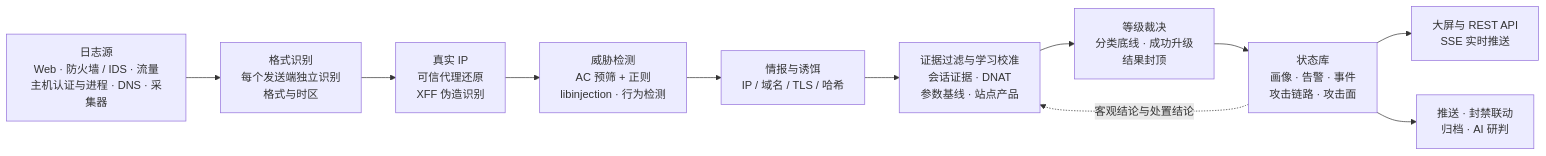
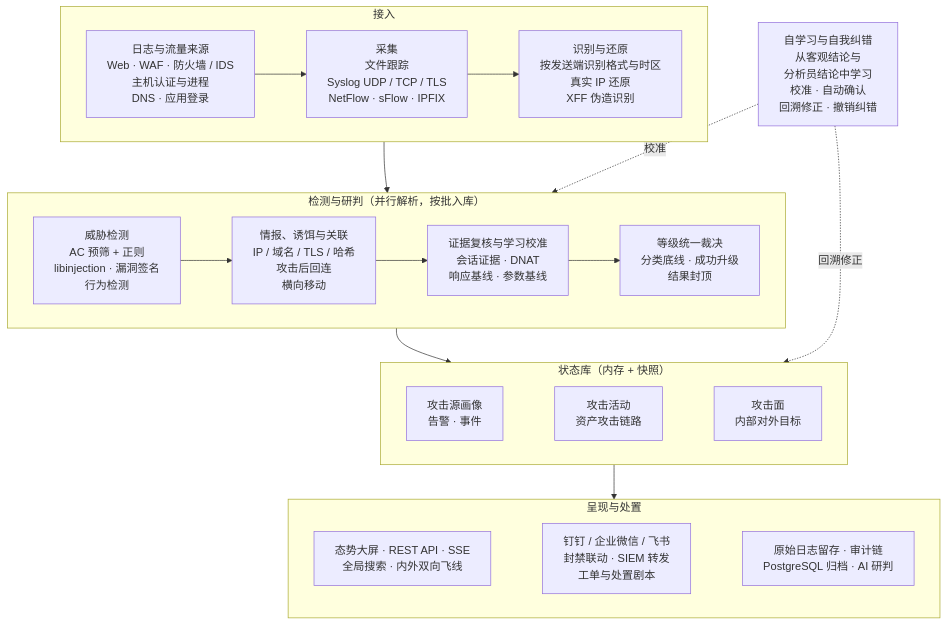
The diagram in README.md (sreyun/netsa), drawn with Mermaid before and after one commit. The commit also changed other lines of this file and 18 other files, not shown here.

````diff
--- a/README.md
+++ b/README.md
@@ -128,13 +132,36 @@
 ```mermaid
-flowchart LR
-  A["日志源<br/>Web · 防火墙 / IDS · 流量<br/>主机认证与进程 · DNS · 采集器"] --> B["格式识别<br/>每个发送端独立识别<br/>格式与时区"]
-  B --> C["真实 IP<br/>可信代理还原<br/>XFF 伪造识别"]
-  C --> D["威胁检测<br/>AC 预筛 + 正则<br/>libinjection · 行为检测"]
-  D --> E["情报与诱饵<br/>IP / 域名 / TLS / 哈希"]
-  E --> F["证据过滤与学习校准<br/>会话证据 · DNAT<br/>参数基线 · 站点产品"]
-  F --> G["等级裁决<br/>分类底线 · 成功升级<br/>结果封顶"]
-  G --> H["状态库<br/>画像 · 告警 · 事件<br/>攻击链路 · 攻击面"]
-  H --> I["大屏与 REST API<br/>SSE 实时推送"]
-  H --> J["推送 · 封禁联动<br/>归档 · AI 研判"]
-  H -. 客观结论与处置结论 .-> F
+flowchart TB
+  subgraph IN["接入"]
+    direction LR
+    I1["日志与流量来源<br/>Web · WAF · 防火墙 / IDS<br/>主机认证与进程<br/>DNS · 应用登录"]
+    I2["采集<br/>文件跟踪<br/>Syslog UDP / TCP / TLS<br/>NetFlow · sFlow · IPFIX"]
+    I3["识别与还原<br/>按发送端识别格式与时区<br/>真实 IP 还原<br/>XFF 伪造识别"]
+    I1 --> I2 --> I3
+  end
+  subgraph DET["检测与研判（并行解析，按批入库）"]
+    direction LR
+    D1["威胁检测<br/>AC 预筛 + 正则<br/>libinjection · 漏洞签名<br/>行为检测"]
+    D2["情报、诱饵与关联<br/>IP / 域名 / TLS / 哈希<br/>攻击后回连<br/>横向移动"]
+    D3["证据复核与学习校准<br/>会话证据 · DNAT<br/>响应基线 · 参数基线"]
+    D4["等级统一裁决<br/>分类底线 · 成功升级<br/>结果封顶"]
+    D1 --> D2 --> D3 --> D4
+  end
+  subgraph ST["状态库（内存 + 快照）"]
+    direction LR
+    S1["攻击源画像<br/>告警 · 事件"]
+    S2["攻击活动<br/>资产攻击链路"]
+    S3["攻击面<br/>内部对外目标"]
+    S1 ~~~ S2 ~~~ S3
+  end
+  subgraph OUT["呈现与处置"]
+    direction LR
+    O1["态势大屏 · REST API · SSE<br/>全局搜索 · 内外双向飞线"]
+    O2["钉钉 / 企业微信 / 飞书<br/>封禁联动 · SIEM 转发<br/>工单与处置剧本"]
+    O3["原始日志留存 · 审计链<br/>PostgreSQL 归档 · AI 研判"]
+    O1 ~~~ O2 ~~~ O3
+  end
+  LEARN["自学习与自我纠错<br/>从客观结论与<br/>分析员结论中学习<br/>校准 · 自动确认<br/>回溯修正 · 撤销纠错"]
+  IN --> DET --> ST --> OUT
+  LEARN -. 校准 .-> DET
+  LEARN -. 回溯修正 .-> ST
 ```
````
